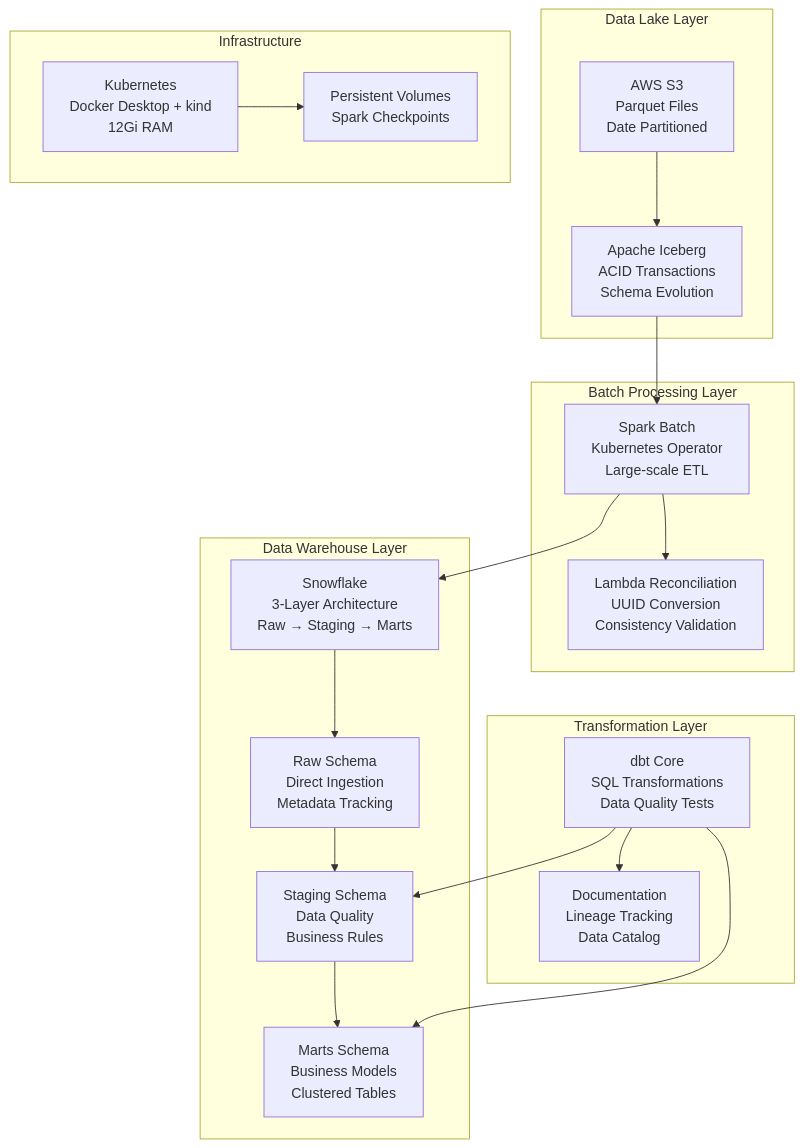
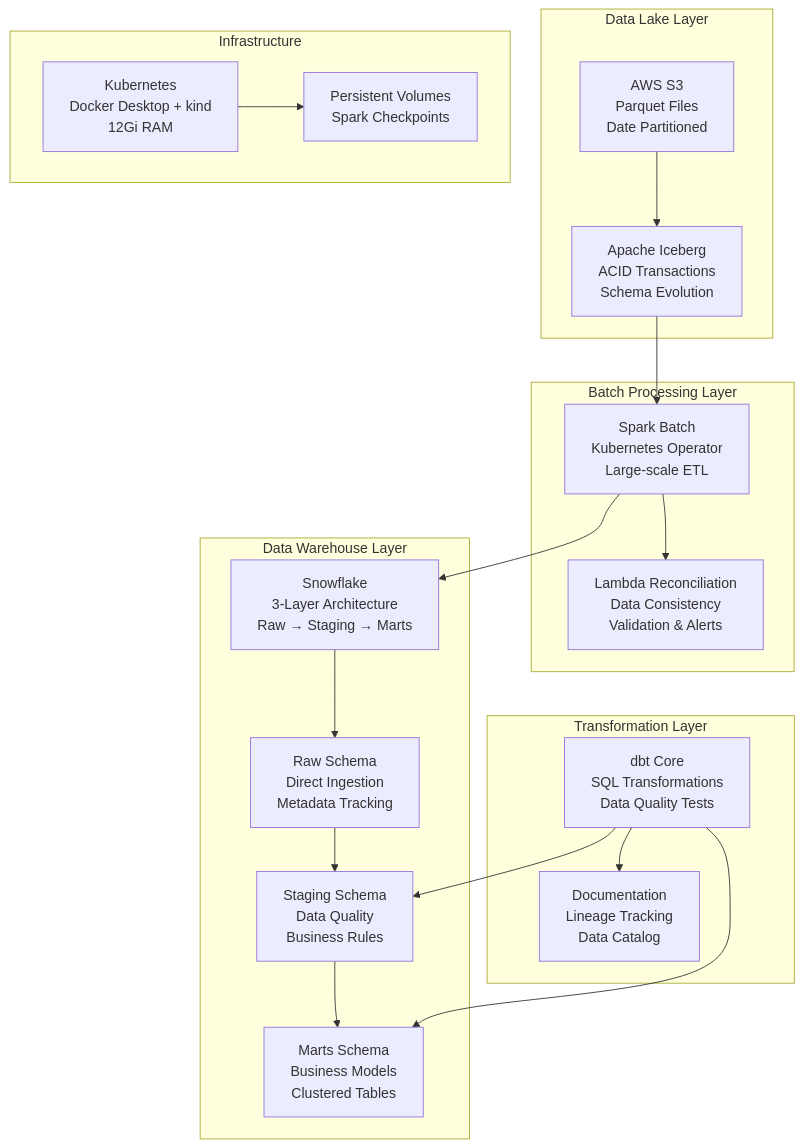
The diagram in .kiro/specs/batch-analytics-layer/design.md (mohidmakhdoomi/DataPipe), drawn with Mermaid before and after one commit. The commit also changed other lines of this file, not shown here.

Commit message:
align design to data-ingestion-pipeline

````diff
--- a/.kiro/specs/batch-analytics-layer/design.md
+++ b/.kiro/specs/batch-analytics-layer/design.md
@@ -18,42 +20,42 @@
 ```mermaid
 graph TB
     subgraph "Data Lake Layer"
         S3[AWS S3<br/>Parquet Files<br/>Date Partitioned]
         ICE[Apache Iceberg<br/>ACID Transactions<br/>Schema Evolution]
     end
     
     subgraph "Batch Processing Layer"
         SPARK[Spark Batch<br/>Kubernetes Operator<br/>Large-scale ETL]
-        RECON[Lambda Reconciliation<br/>UUID Conversion<br/>Consistency Validation]
+        RECON[Lambda Reconciliation<br/>Data Consistency<br/>Validation & Alerts]
     end
     
     subgraph "Data Warehouse Layer"
         SF[Snowflake<br/>3-Layer Architecture<br/>Raw → Staging → Marts]
         RAW[Raw Schema<br/>Direct Ingestion<br/>Metadata Tracking]
         STAGE[Staging Schema<br/>Data Quality<br/>Business Rules]
         MARTS[Marts Schema<br/>Business Models<br/>Clustered Tables]
     end
     
     subgraph "Transformation Layer"
         DBT[dbt Core<br/>SQL Transformations<br/>Data Quality Tests]
         DOCS[Documentation<br/>Lineage Tracking<br/>Data Catalog]
     end
     
     subgraph "Infrastructure"
         K8S[Kubernetes<br/>Docker Desktop + kind<br/>12Gi RAM]
         PV[Persistent Volumes<br/>Spark Checkpoints]
     end
     
     S3 --> ICE
     ICE --> SPARK
     SPARK --> SF
     SPARK --> RECON
     SF --> RAW
     RAW --> STAGE
     STAGE --> MARTS
     DBT --> STAGE
     DBT --> MARTS
     DBT --> DOCS
     
     K8S --> PV
 ```
````
